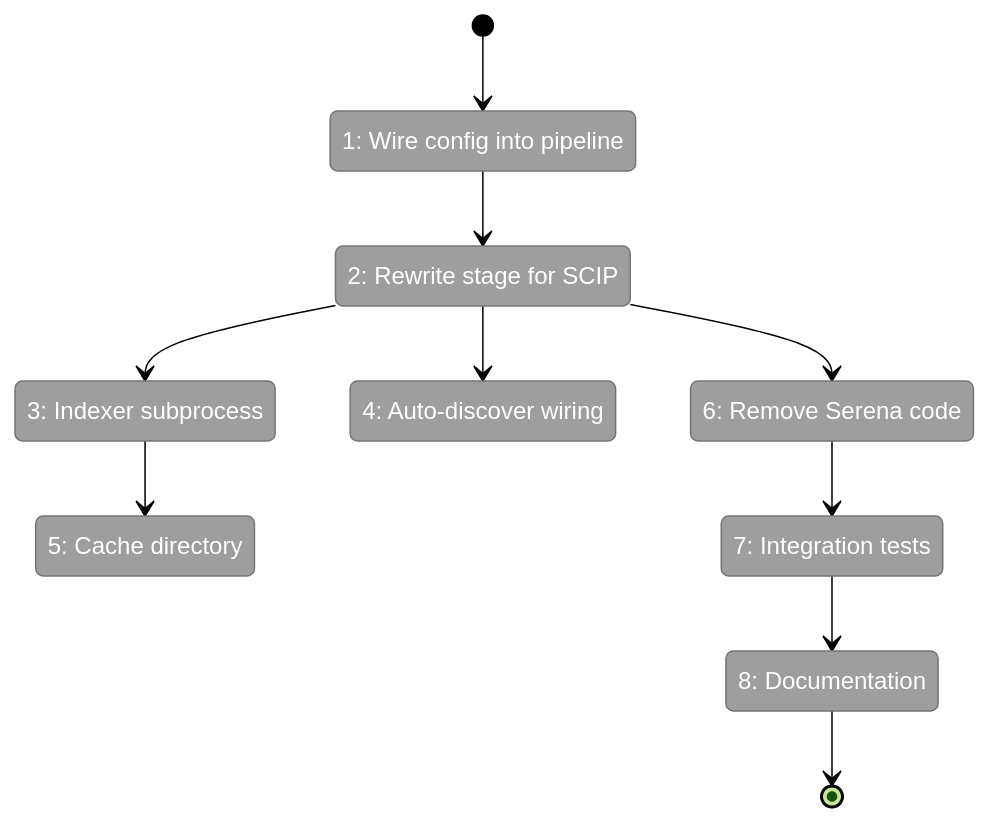
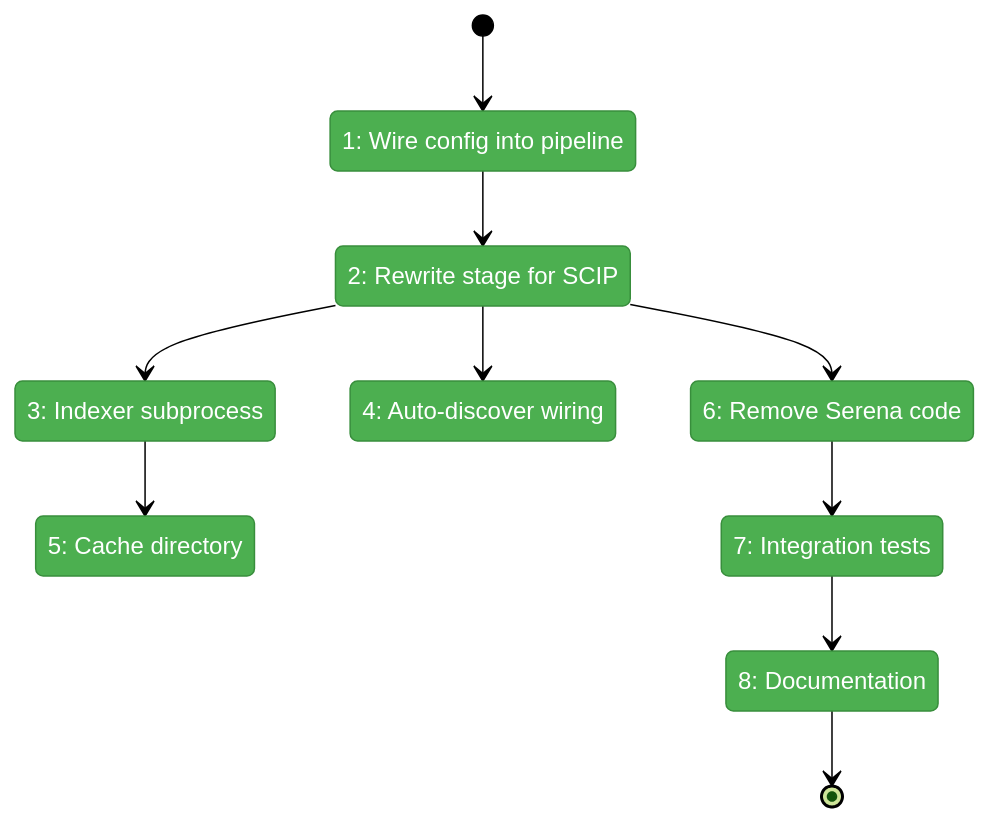
The first of 2 diagrams in docs/plans/038-scip-cross-file-rels/tasks/phase-4-stage-integration/tasks.fltplan.md (AI-Substrate/flow_squared), drawn with Mermaid (forest theme) before and after one commit. The commit also changed other lines of this file and 2 other files, not shown here.

````diff
--- a/docs/plans/038-scip-cross-file-rels/tasks/phase-4-stage-integration/tasks.fltplan.md
+++ b/docs/plans/038-scip-cross-file-rels/tasks/phase-4-stage-integration/tasks.fltplan.md
@@ -42,28 +42,28 @@
 ```mermaid
 stateDiagram-v2
     classDef pending fill:#9E9E9E,stroke:#757575,color:#fff
     classDef active fill:#FFC107,stroke:#FFA000,color:#000
     classDef done fill:#4CAF50,stroke:#388E3C,color:#fff
     classDef blocked fill:#F44336,stroke:#D32F2F,color:#fff
 
     state "1: Wire config into pipeline" as S1
     state "2: Rewrite stage for SCIP" as S2
     state "3: Indexer subprocess" as S3
     state "4: Auto-discover wiring" as S4
     state "5: Cache directory" as S5
     state "6: Remove Serena code" as S6
     state "7: Integration tests" as S7
     state "8: Documentation" as S8
 
     [*] --> S1
     S1 --> S2
     S2 --> S3
     S2 --> S4
     S3 --> S5
     S2 --> S6
     S6 --> S7
     S7 --> S8
     S8 --> [*]
 
-    class S1,S2,S3,S4,S5,S6,S7,S8 pending
+    class S1,S2,S3,S4,S5,S6,S7,S8 done
 ```
````
